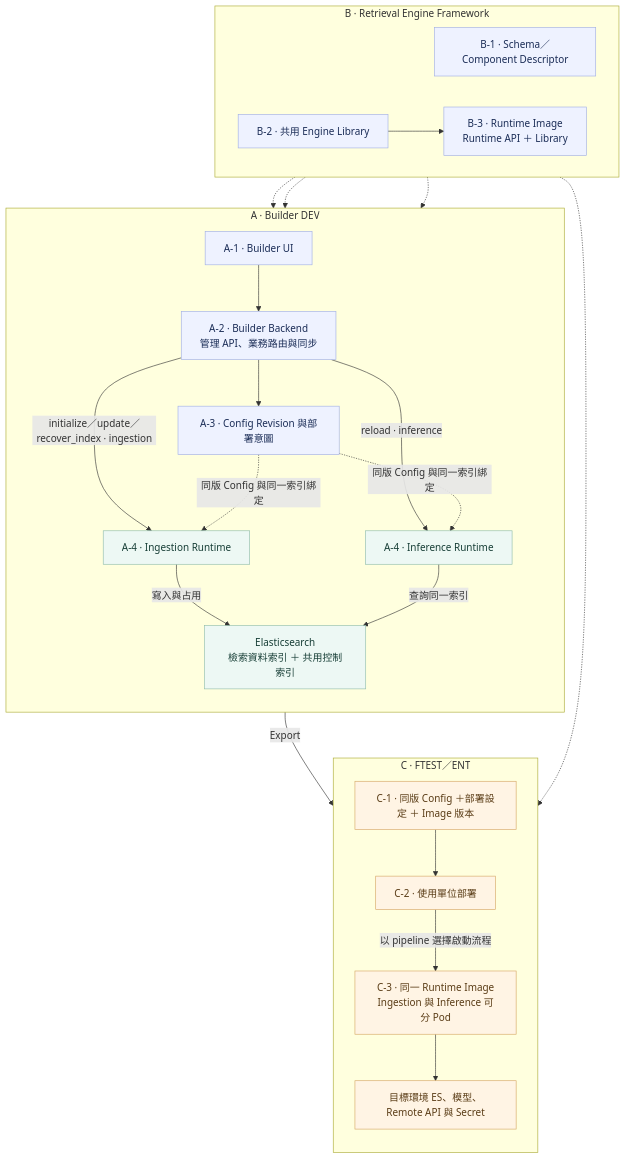
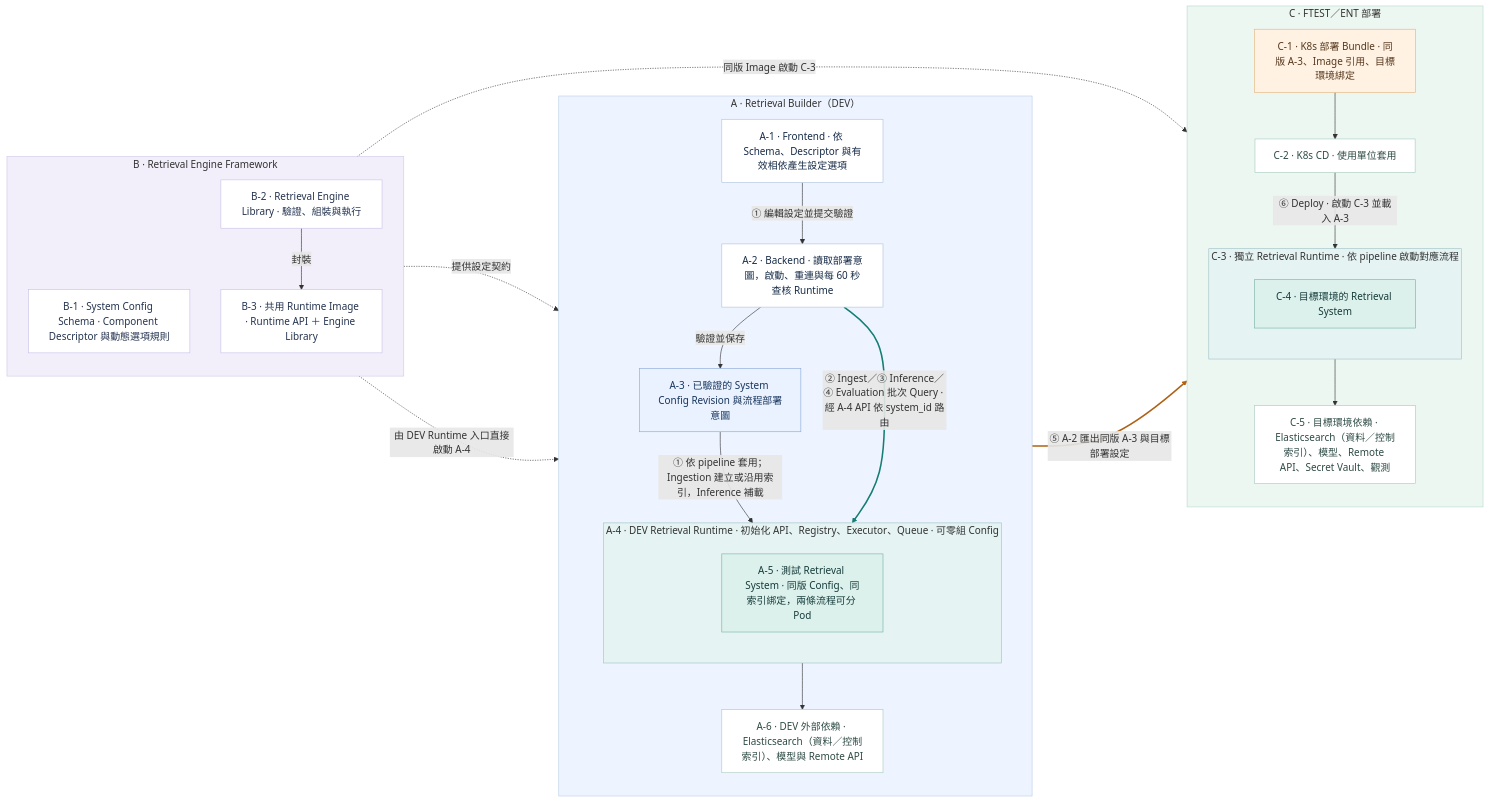
The diagram in diagrams/02_infra_architecture.mmd (SunnyWenwen/rag_platform), drawn with Mermaid before and after one commit. The commit also changed 15 other files, not shown here.

Commit message:
Restore diagram layouts and add Builder module templates

```diff
--- a/diagrams/02_infra_architecture.mmd
+++ b/diagrams/02_infra_architecture.mmd
@@ -1,38 +1,77 @@
-flowchart TB
-  %% 同名 SVG 固定版面，PNG 由 SVG 轉出。
+flowchart LR
+  %% Architecture groups A, B and C contain locally numbered boxes.
+  %% Solid blue: Config publication and deployment. Teal: business API use.
+  %% Dashed: artifacts or contracts delivered by the Engine Framework.
+  %% Orange: export of the approved logical Config and target deployment settings.
+  %% 1 設定與啟用：在 A-1 設定，A-2 驗證並發布 A-3。A-4 套用設定，啟用 A-5。
+  %% 2 Ingest：從 A-1 上傳，A-2 提交匯入。A-5 處理文件，寫入 A-6 的索引。
+  %% 3 Inference：從 A-1 提問，A-2 送出查詢。A-4 路由到 A-5，並回傳結果。
+  %% 4 Evaluation：在 A-1 啟動評估。Runner 批次查詢 A-5 並彙整結果。
+  %% 5 Export：A-2 匯出同版 A-3 與部署設定。產生 C-1 部署 Bundle。
+  %% 6 Deploy：使用單位透過 C-2 套用 C-1。啟動 C-3，建立 C-4。
+  %% A starts shared A-4 directly from B-2. B-3 carries the Runtime API and Library for deployment to C-3.
+  %% A-4 can start with no Config; publishing A-3 enables A-5.
+
+  subgraph A["A · Retrieval Builder（DEV）"]
+    direction TB
+    A1["A-1 · Frontend · 依 Schema、Descriptor 與有效相依產生設定選項"]
+    A2["A-2 · Backend · 讀取部署意圖，啟動、重連與每 60 秒查核 Runtime"]
+    A3["A-3 · 已驗證的 System Config Revision 與流程部署意圖"]
+    subgraph A4["A-4 · DEV Retrieval Runtime · 初始化 API、Registry、Executor、Queue · 可零組 Config"]
+      direction TB
+      A5["A-5 · 測試 Retrieval System · 同版 Config、同索引綁定，兩條流程可分 Pod"]
+    end
+    A6["A-6 · DEV 外部依賴 · Elasticsearch（資料／控制索引）、模型與 Remote API"]
+    A1 -->|"① 編輯設定並提交驗證"| A2
+    A2 -->|"驗證並保存"| A3
+    A3 -->|"① 依 pipeline 套用；Ingestion 建立或沿用索引，Inference 補載"| A5
+    A2 -->|"② Ingest／③ Inference／④ Evaluation 批次 Query · 經 A-4 API 依 system_id 路由"| A5
+    A5 --> A6
+  end
+
   subgraph B["B · Retrieval Engine Framework"]
-    direction LR
-    B1["B-1 · Schema／Component Descriptor"]
-    B2["B-2 · 共用 Engine Library"] --> B3["B-3 · Runtime Image<br/>Runtime API ＋ Library"]
+    direction TB
+    B1["B-1 · System Config Schema · Component Descriptor 與動態選項規則"]
+    B2["B-2 · Retrieval Engine Library · 驗證、組裝與執行"]
+    B3["B-3 · 共用 Runtime Image · Runtime API ＋ Engine Library"]
+    B2 -->|"封裝"| B3
   end
-  subgraph A["A · Builder DEV"]
+
+  subgraph C["C · FTEST／ENT 部署"]
     direction TB
-    A1["A-1 · Builder UI"] --> A2["A-2 · Builder Backend<br/>管理 API、業務路由與同步"]
-    A2 --> A3["A-3 · Config Revision 與部署意圖"]
-    A2 -->|"initialize／update／recover_index · ingestion"| Ing["A-4 · Ingestion Runtime"]
-    A2 -->|"reload · inference"| Inf["A-4 · Inference Runtime"]
-    %% detach 卸載單一流程並保留 ES 索引。System DELETE 清除受管索引。
-    Ing -->|"寫入與占用"| ES["Elasticsearch<br/>檢索資料索引 ＋ 共用控制索引"]
-    Inf -->|"查詢同一索引"| ES
-    A3 -. "同版 Config 與同一索引綁定" .-> Ing
-    A3 -. "同版 Config 與同一索引綁定" .-> Inf
+    C1["C-1 · K8s 部署 Bundle · 同版 A-3、Image 引用、目標環境綁定"]
+    C2["C-2 · K8s CD · 使用單位套用"]
+    subgraph C3["C-3 · 獨立 Retrieval Runtime · 依 pipeline 啟動對應流程"]
+      direction TB
+      C4["C-4 · 目標環境的 Retrieval System"]
+    end
+    C5["C-5 · 目標環境依賴 · Elasticsearch（資料／控制索引）、模型、Remote API、Secret Vault、觀測"]
+    C1 --> C2
+    C2 -->|"⑥ Deploy · 啟動 C-3 並載入 A-3"| C4
+    C4 --> C5
   end
-  subgraph C["C · FTEST／ENT"]
-    direction TB
-    C1["C-1 · 同版 Config ＋部署設定 ＋ Image 版本"]
-    C1 --> C2["C-2 · 使用單位部署"]
-    C2 -->|"以 pipeline 選擇啟動流程"| C3["C-3 · 同一 Runtime Image<br/>Ingestion 與 Inference 可分 Pod"]
-    C3 --> C5["目標環境 ES、模型、Remote API 與 Secret"]
-  end
-  B1 -.-> A2
-  B2 -.-> Ing
-  B2 -.-> Inf
-  B3 -.-> C3
-  A3 -->|"Export"| C1
 
-  classDef builder fill:#eef2ff,stroke:#a0aee4,color:#1b2d57
-  classDef runtime fill:#edf8f4,stroke:#8fbcac,color:#173e36
-  classDef deploy fill:#fff4e4,stroke:#d5a665,color:#5a3c16
-  class B1,B2,B3,A1,A2,A3 builder
-  class Ing,Inf,ES runtime
-  class C1,C2,C3,C5 deploy
+  B1 -.->|"提供設定契約"| A2
+  B2 -.->|"由 DEV Runtime 入口直接啟動 A-4"| A4
+  B3 -.->|"同版 Image 啟動 C-3"| C3
+  A3 -->|"⑤ A-2 匯出同版 A-3 與目標部署設定"| C1
+
+  classDef builder fill:#ffffff,stroke:#aec2df,color:#172c48
+  classDef engine fill:#ffffff,stroke:#c8c2e9,color:#253450
+  classDef config fill:#eaf1ff,stroke:#88a9d9,color:#17365d
+  classDef system fill:#ddf1ec,stroke:#78b3a4,color:#153c3b
+  classDef infra fill:#ffffff,stroke:#a7cbbe,color:#2e4b45
+  classDef bundle fill:#fff2e2,stroke:#e5b47c,color:#58381e
+  class A1,A2 builder
+  class B1,B2,B3 engine
+  class A3 config
+  class A5,C4 system
+  class A6,C5,C2 infra
+  class C1 bundle
+  style A fill:#eef4ff,stroke:#bbcee8
+  style B fill:#f2effa,stroke:#d1c9e8
+  style C fill:#edf7f2,stroke:#b6dace
+  style A4 fill:#e6f3f3,stroke:#a0c2c5
+  style C3 fill:#e6f3f3,stroke:#a0c2c5
+  linkStyle 3 stroke:#147e75,stroke-width:2.5px
+  linkStyle 12 stroke:#af6217,stroke-width:2.5px
```
